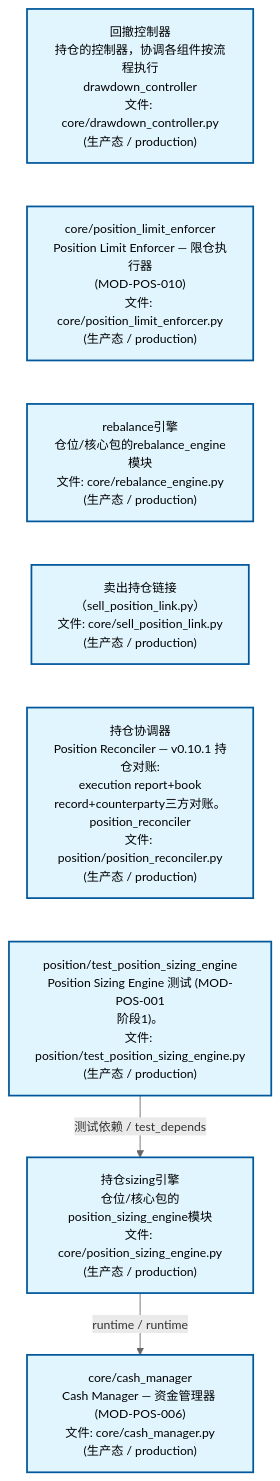
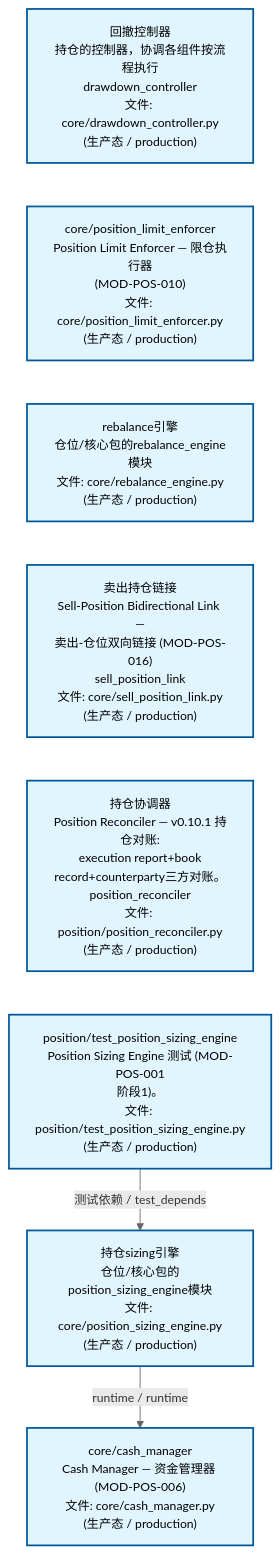
The second of 4 diagrams in docs/02_enterprise_architecture/02_domain_architecture_docs/64_d_position.md (xuanFelixVan/ZephyrAlpha), drawn with Mermaid before and after one commit. The commit also changed other lines of this file and 48 other files, not shown here.

````diff
--- a/docs/02_enterprise_architecture/02_domain_architecture_docs/64_d_position.md
+++ b/docs/02_enterprise_architecture/02_domain_architecture_docs/64_d_position.md
@@ -118,24 +118,24 @@
 ```mermaid
 %%{init: {'theme': 'base', 'themeVariables': {'primaryColor': '#eaeaea', 'primaryTextColor': '#333333', 'primaryBorderColor': '#666666', 'lineColor': '#666666', 'secondaryColor': '#eaeaea', 'tertiaryColor': '#eaeaea', 'fontSize': '14px'}}}%%
 flowchart TD
     src_zephyr_position_core_drawdown_controller_py["回撤控制器<br/>持仓的控制器，协调各组件按流程执行<br/>drawdown_controller<br/>文件: core/drawdown_controller.py<br/>(生产态 / production)"]
     src_zephyr_position_core_position_limit_enforcer_py["core/position_limit_enforcer<br/>Position Limit Enforcer — 限仓执行器<br/>(MOD-POS-010)<br/>文件: core/position_limit_enforcer.py<br/>(生产态 / production)"]
     src_zephyr_position_core_rebalance_engine_py["rebalance引擎<br/>仓位/核心包的rebalance_engine模块<br/>文件: core/rebalance_engine.py<br/>(生产态 / production)"]
-    src_zephyr_position_core_sell_position_link_py["卖出持仓链接<br/>（sell_position_link.py）<br/>文件: core/sell_position_link.py<br/>(生产态 / production)"]
+    src_zephyr_position_core_sell_position_link_py["卖出持仓链接<br/>Sell-Position Bidirectional Link —<br/>卖出-仓位双向链接 (MOD-POS-016)<br/>sell_position_link<br/>文件: core/sell_position_link.py<br/>(生产态 / production)"]
     src_zephyr_position_position_reconciler_py["持仓协调器<br/>Position Reconciler — v0.10.1 持仓对账:<br/>execution report+book<br/>record+counterparty三方对账。<br/>position_reconciler<br/>文件: position/position_reconciler.py<br/>(生产态 / production)"]
     tests_position_test_position_sizing_engine_py["position/test_position_sizing_engine<br/>Position Sizing Engine 测试 (MOD-POS-001<br/>阶段1)。<br/>文件: position/test_position_sizing_engine.py<br/>(生产态 / production)"]
     src_zephyr_position_core_drawdown_controller_py ~~~ src_zephyr_position_core_position_limit_enforcer_py
     src_zephyr_position_core_position_limit_enforcer_py ~~~ src_zephyr_position_core_rebalance_engine_py
     src_zephyr_position_core_rebalance_engine_py ~~~ src_zephyr_position_core_sell_position_link_py
     src_zephyr_position_core_sell_position_link_py ~~~ src_zephyr_position_position_reconciler_py
     src_zephyr_position_position_reconciler_py ~~~ tests_position_test_position_sizing_engine_py
     src_zephyr_position_core_position_sizing_engine_py["持仓sizing引擎<br/>仓位/核心包的position_sizing_engine模块<br/>文件: core/position_sizing_engine.py<br/>(生产态 / production)"]
     src_zephyr_position_core_cash_manager_py["core/cash_manager<br/>Cash Manager — 资金管理器 (MOD-POS-006)<br/>文件: core/cash_manager.py<br/>(生产态 / production)"]
     src_zephyr_position_core_position_sizing_engine_py -->|runtime / runtime| src_zephyr_position_core_cash_manager_py
     tests_position_test_position_sizing_engine_py -->|测试依赖 / test_depends| src_zephyr_position_core_position_sizing_engine_py
     classDef production fill:#e1f5fe,stroke:#01579b,stroke-width:2px,color:#000
     classDef design fill:#fff3e0,stroke:#e65100,stroke-width:2px,color:#000,stroke-dasharray: 5 5
     classDef external_prod fill:#e8f4fd,stroke:#0277bd,stroke-width:1px,color:#000
     classDef external_design fill:#fff8e7,stroke:#ef6c00,stroke-width:1px,color:#000,stroke-dasharray: 5 5
     class src_zephyr_position_core_cash_manager_py,src_zephyr_position_core_drawdown_controller_py,src_zephyr_position_core_position_limit_enforcer_py,src_zephyr_position_core_position_sizing_engine_py,src_zephyr_position_core_rebalance_engine_py,src_zephyr_position_core_sell_position_link_py,src_zephyr_position_position_reconciler_py,tests_position_test_position_sizing_engine_py production
 ```
````
